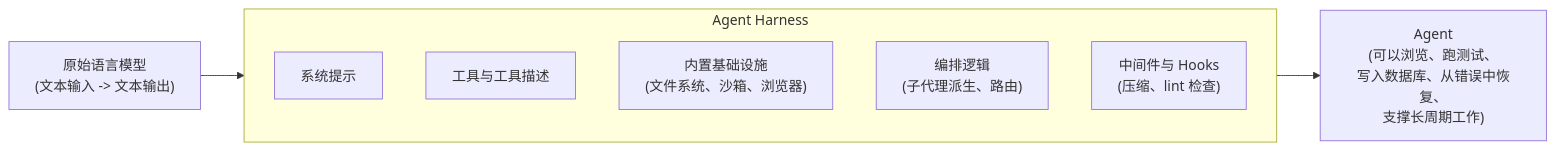
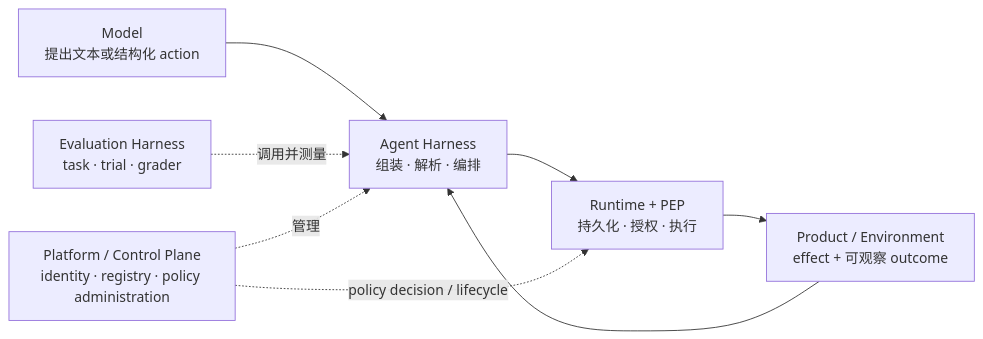
The diagram in agent-harness-zh/00-preface.md (Jin-Fang/Agentic-AI-Study), drawn with Mermaid before and after one commit. The commit also changed other lines of this file and 131 other files, not shown here.

Commit message:
Revise and align Foundations and Agent Harness books

````diff
--- a/agent-harness-zh/00-preface.md
+++ b/agent-harness-zh/00-preface.md
@@ -19,14 +19,10 @@
 ```mermaid
 flowchart LR
-    A["原始语言模型<br/>(文本输入 -> 文本输出)"] --> B["Agent Harness"]
-    B --> C["Agent<br/>(可以浏览、跑测试、<br/>写入数据库、从错误中恢复、<br/>支撑长周期工作)"]
-
-    subgraph B["Agent Harness"]
-        direction TB
-        SP["系统提示"]
-        T["工具与工具描述"]
-        I["内置基础设施<br/>(文件系统、沙箱、浏览器)"]
-        O["编排逻辑<br/>(子代理派生、路由)"]
-        M["中间件与 Hooks<br/>(压缩、lint 检查)"]
-    end
+    M["Model<br/>提出文本或结构化 action"] --> H["Agent Harness<br/>组装 · 解析 · 编排"]
+    H --> R["Runtime + PEP<br/>持久化 · 授权 · 执行"]
+    R --> P["Product / Environment<br/>effect + 可观察 outcome"]
+    P --> H
+    E["Evaluation Harness<br/>task · trial · grader"] -. "调用并测量" .-> H
+    C["Platform / Control Plane<br/>identity · registry · policy administration"] -. "管理" .-> H
+    C -. "policy decision / lifecycle" .-> R
 ```
````
